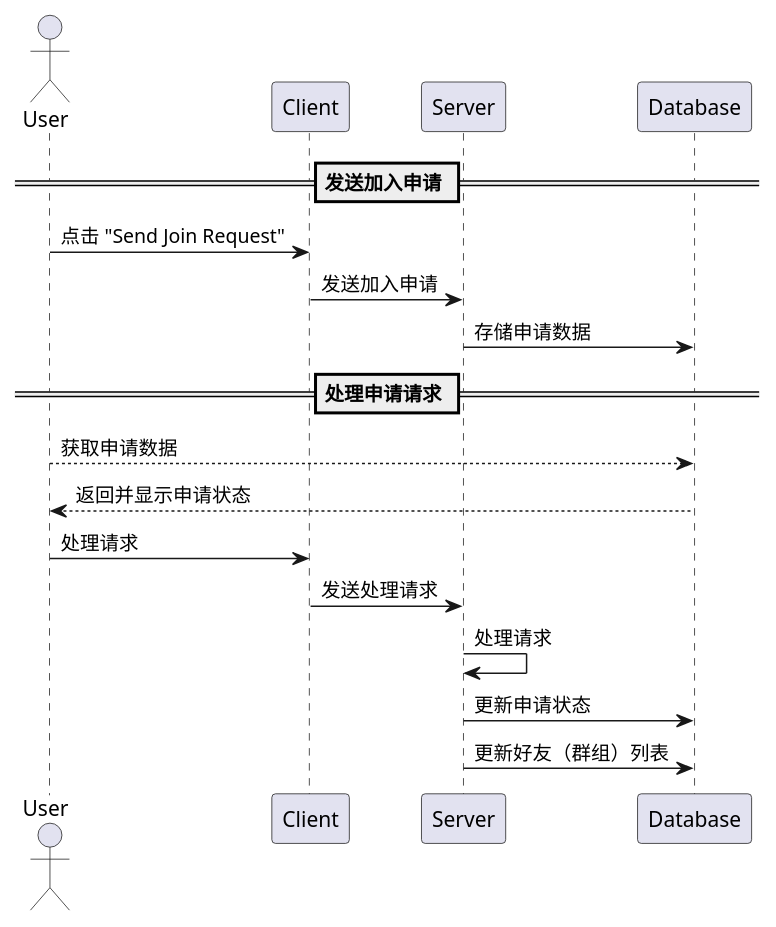
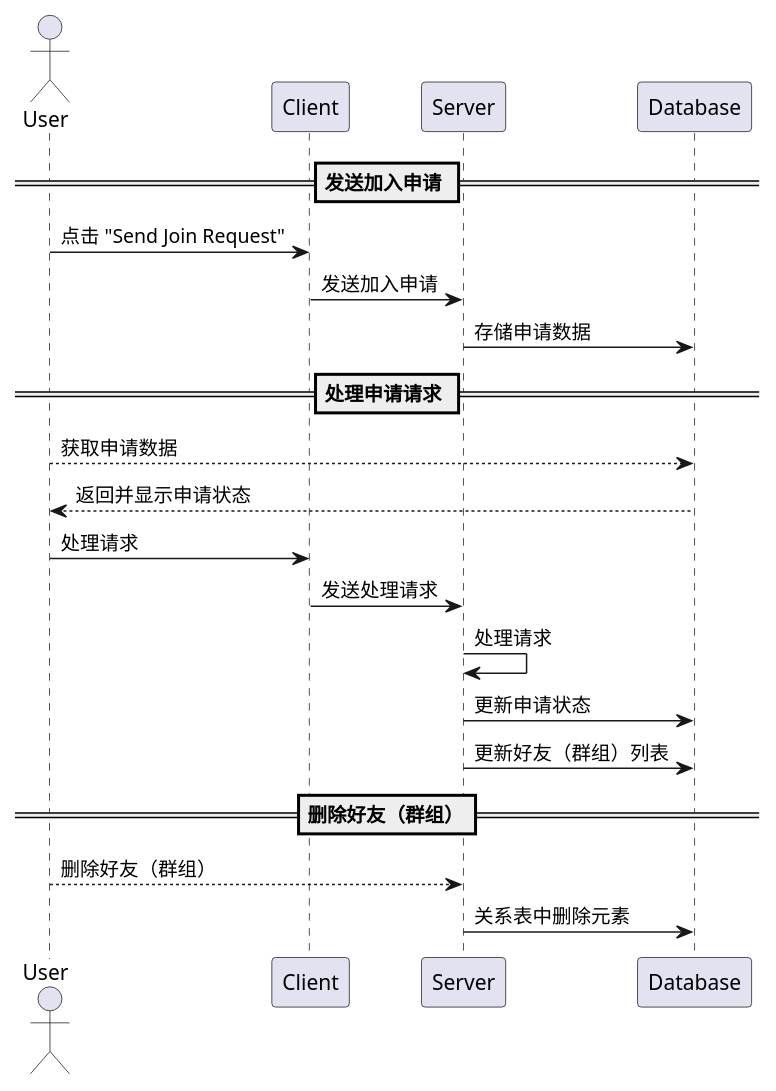
One commit to 0X5A0X480X52/my_qq_client changed the diagram in doc/好友（群组）加入申请流程设计/好友（群组）加入申请流程图.puml. Above: the diagram before and after it, drawn with PlantUML. The commit also changed 15 other files, not shown here.

```diff
--- a/doc/好友（群组）加入申请流程设计/好友（群组）加入申请流程图.puml
+++ b/doc/好友（群组）加入申请流程设计/好友（群组）加入申请流程图.puml
@@ -1,23 +1,27 @@
 @startuml 好友（群组）加入申请流程图
 actor User
 participant Client
 participant Server
 participant Database
 
 == 发送加入申请 ==
 
 User -> Client: 点击 "Send Join Request"
 Client -> Server: 发送加入申请
 Server -> Database: 存储申请数据
 
 == 处理申请请求 ==
 
 User  --> Database: 获取申请数据
 Database --> User: 返回并显示申请状态
 User -> Client: 处理请求
 Client -> Server: 发送处理请求
 Server -> Server: 处理请求
 Server -> Database: 更新申请状态
 Server -> Database: 更新好友（群组）列表
 
+== 删除好友（群组）==
+User --> Server: 删除好友（群组）
+Server -> Database: 关系表中删除元素
+
 @enduml
```
